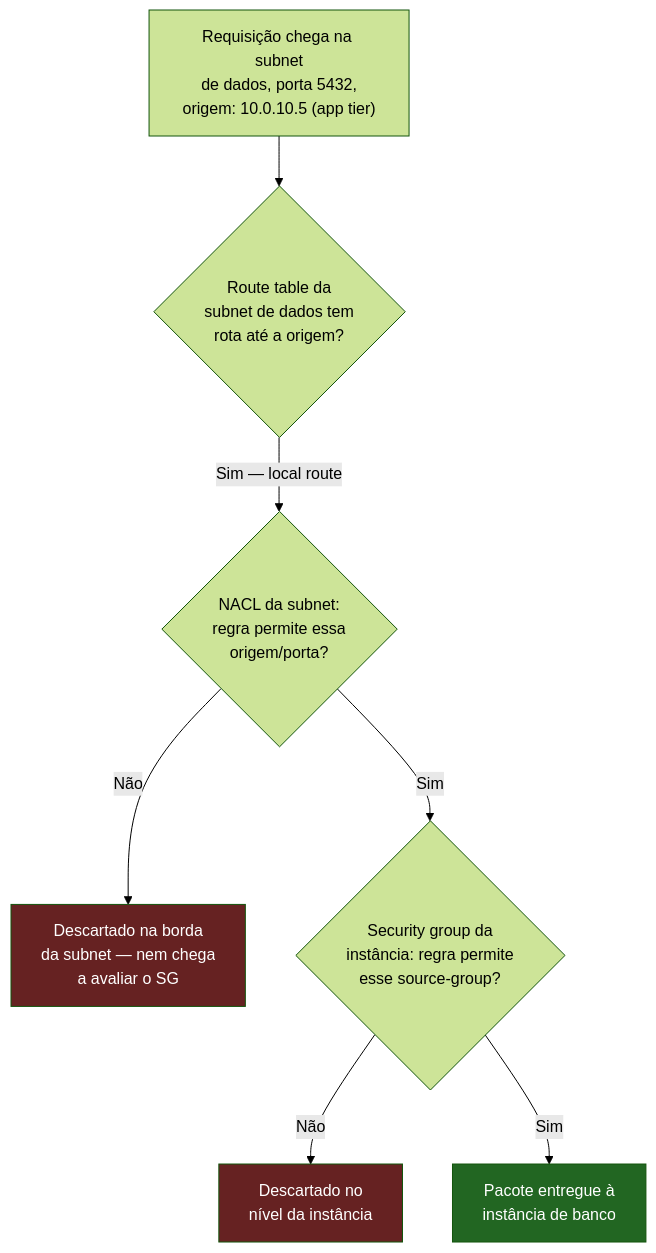
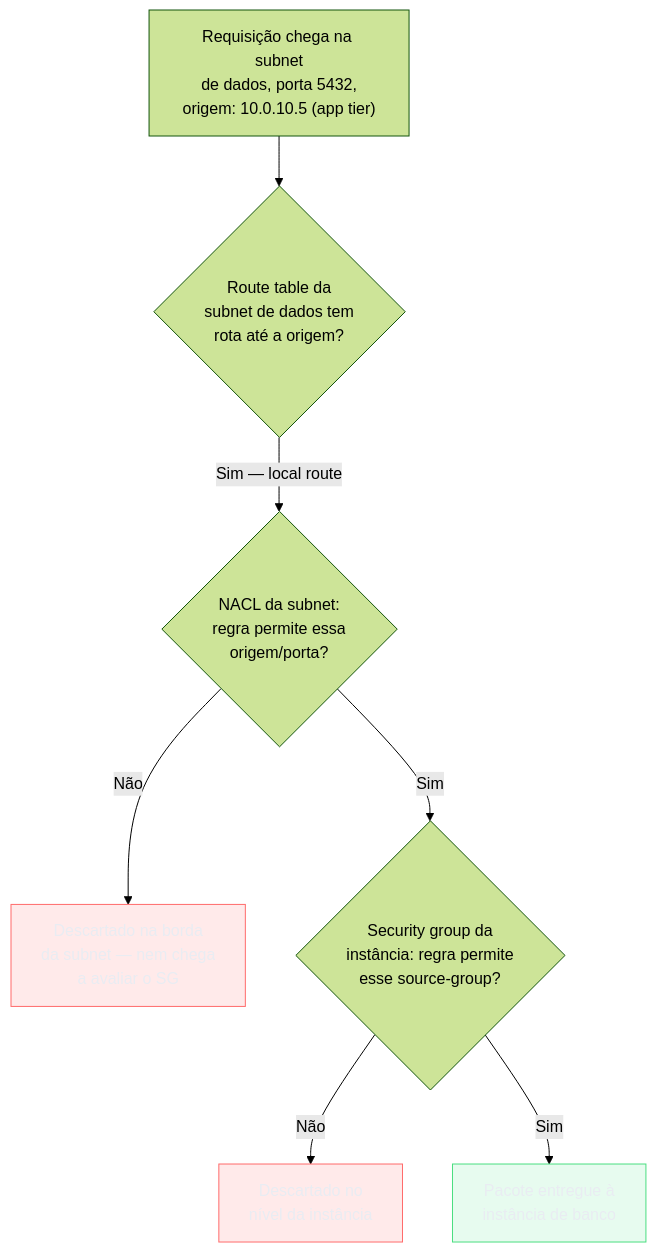
One commit to josenaldo/codex-technomanticus changed the second of 3 diagrams in 03-Dominios/Tecnologia/Cloud/07 - Rede na nuvem (VPC)/06 - Desenhando uma rede segura de ponta a ponta.md. Above: the diagram before and after it, drawn with Mermaid (forest theme). The commit also changed other lines of this file and 1181 other files, not shown here.

First line of the commit message:
fix(diagramas): paleta do sistema no lugar de cor cravada no markdown

````diff
--- a/03-Dominios/Tecnologia/Cloud/07 - Rede na nuvem (VPC)/06 - Desenhando uma rede segura de ponta a ponta.md
+++ b/03-Dominios/Tecnologia/Cloud/07 - Rede na nuvem (VPC)/06 - Desenhando uma rede segura de ponta a ponta.md
@@ -236,13 +238,15 @@
 ```mermaid
 flowchart TD
+    classDef falha fill:#FF6B6B24,stroke:#FF6B6B,color:#E9ECF2
+    classDef ok fill:#4ADE8021,stroke:#4ADE80,color:#E9ECF2
     Req["Requisição chega na subnet<br/>de dados, porta 5432,<br/>origem: 10.0.10.5 (app tier)"] --> R1{"Route table da<br/>subnet de dados tem<br/>rota até a origem?"}
     R1 -->|"Sim — local route"| N1{"NACL da subnet:<br/>regra permite essa<br/>origem/porta?"}
     N1 -->|"Não"| Deny1["Descartado na borda<br/>da subnet — nem chega<br/>a avaliar o SG"]
     N1 -->|"Sim"| S1{"Security group da<br/>instância: regra permite<br/>esse source-group?"}
     S1 -->|"Não"| Deny2["Descartado no<br/>nível da instância"]
     S1 -->|"Sim"| Allow["Pacote entregue à<br/>instância de banco"]
 
-    style Deny1 fill:#622,color:#fff
-    style Deny2 fill:#622,color:#fff
-    style Allow fill:#262,color:#fff
+    class Deny1 falha
+    class Deny2 falha
+    class Allow ok
 ```
````
